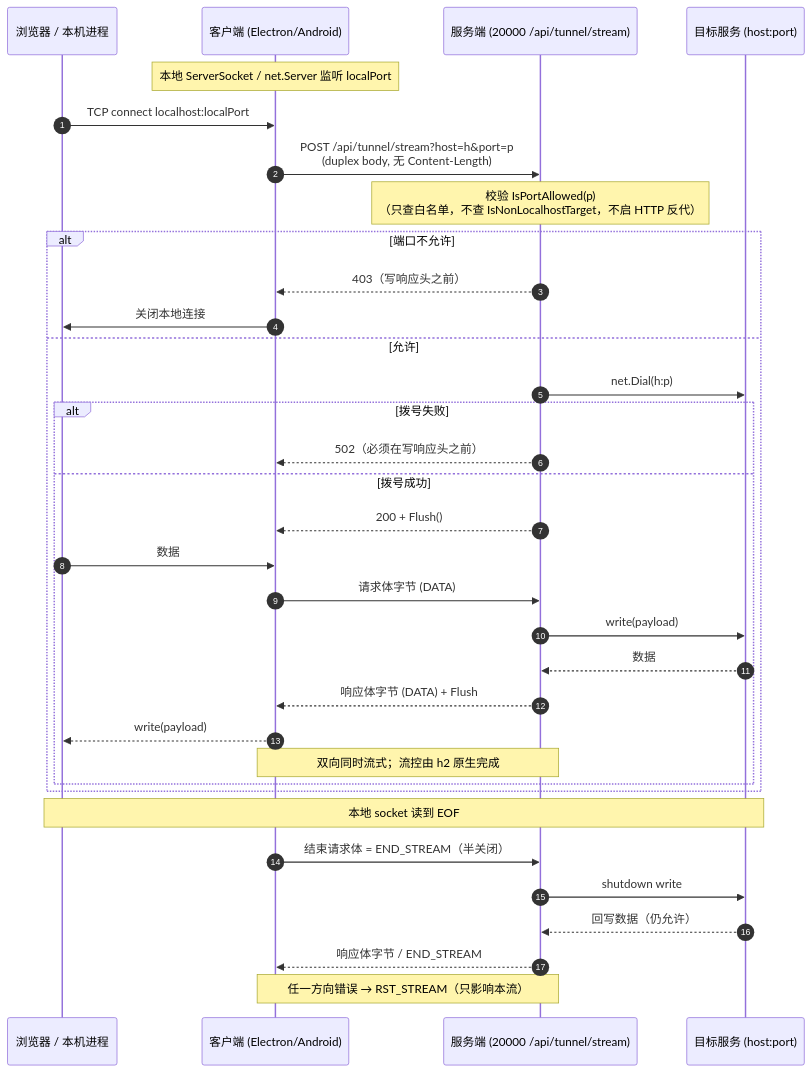
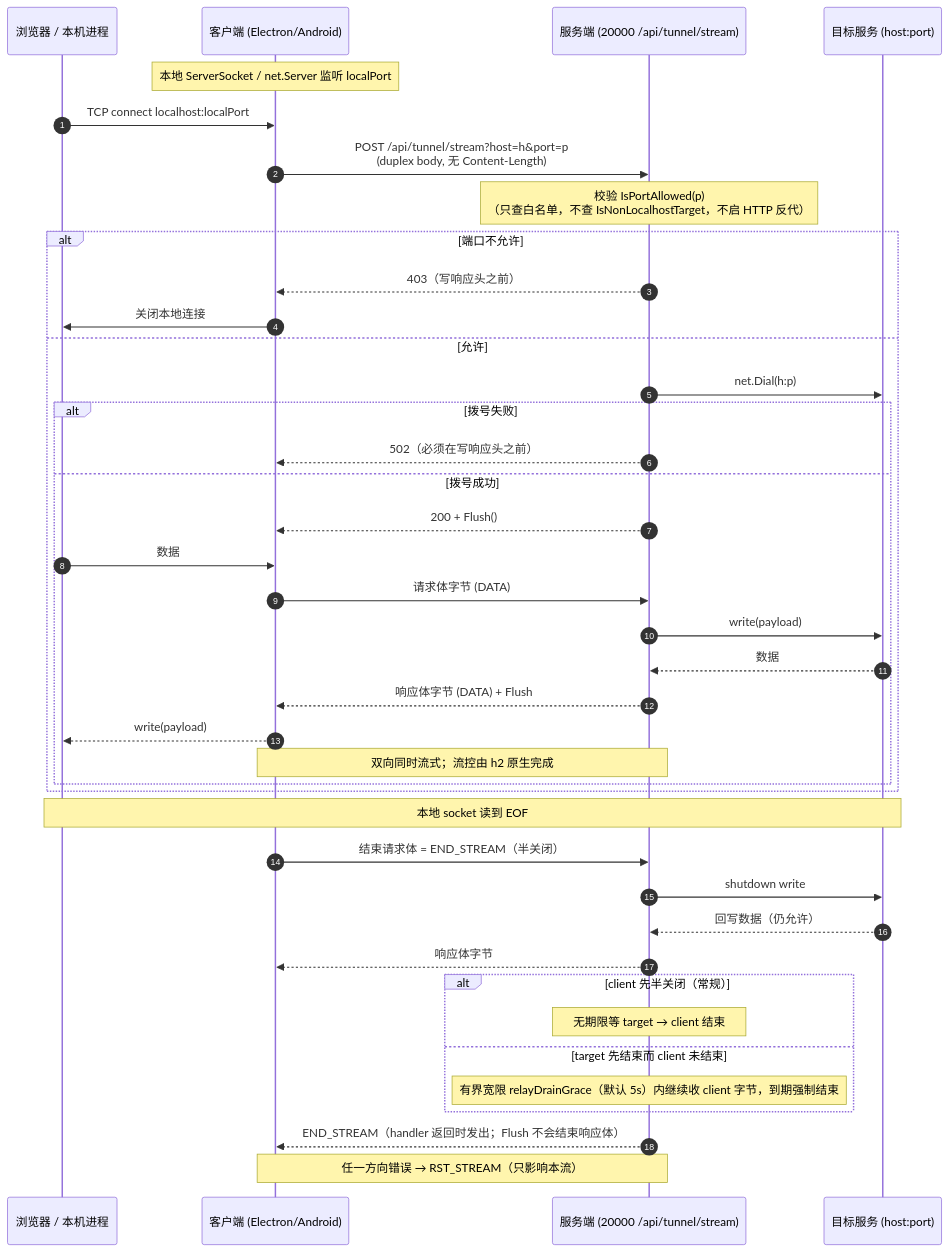
One commit to clawbench-dev/clawbench changed the first of 2 diagrams in docs/plans/2026-09-25-h2-tunnel-design.md. Above: the diagram before and after it, drawn with Mermaid. The commit also changed other lines of this file and 3 other files, not shown here.

````diff
--- a/docs/plans/2026-09-25-h2-tunnel-design.md
+++ b/docs/plans/2026-09-25-h2-tunnel-design.md
@@ -375,37 +416,43 @@
 ```mermaid
 sequenceDiagram
     autonumber
     participant U as 浏览器 / 本机进程
     participant C as 客户端 (Electron/Android)
     participant S as 服务端 (20000 /api/tunnel/stream)
     participant T as 目标服务 (host:port)
 
     Note over C: 本地 ServerSocket / net.Server 监听 localPort
     U->>C: TCP connect localhost:localPort
     C->>S: POST /api/tunnel/stream?host=h&port=p<br/>(duplex body, 无 Content-Length)
     Note over S: 校验 IsPortAllowed(p)<br/>（只查白名单，不查 IsNonLocalhostTarget，不启 HTTP 反代）
     alt 端口不允许
         S-->>C: 403（写响应头之前）
         C->>U: 关闭本地连接
     else 允许
         S->>T: net.Dial(h:p)
         alt 拨号失败
             S-->>C: 502（必须在写响应头之前）
         else 拨号成功
             S-->>C: 200 + Flush()
             U->>C: 数据
             C->>S: 请求体字节 (DATA)
             S->>T: write(payload)
             T-->>S: 数据
             S-->>C: 响应体字节 (DATA) + Flush
             C-->>U: write(payload)
             Note over C,S: 双向同时流式；流控由 h2 原生完成
         end
     end
     Note over U,T: 本地 socket 读到 EOF
     C->>S: 结束请求体 = END_STREAM（半关闭）
     S->>T: shutdown write
     T-->>S: 回写数据（仍允许）
-    S-->>C: 响应体字节 / END_STREAM
+    S-->>C: 响应体字节
+    alt client 先半关闭（常规）
+        Note over S: 无期限等 target → client 结束
+    else target 先结束而 client 未结束
+        Note over S: 有界宽限 relayDrainGrace（默认 5s）内继续收 client 字节，到期强制结束
+    end
+    S-->>C: END_STREAM（handler 返回时发出；Flush 不会结束响应体）
     Note over C,S: 任一方向错误 → RST_STREAM（只影响本流）
 ```
````
